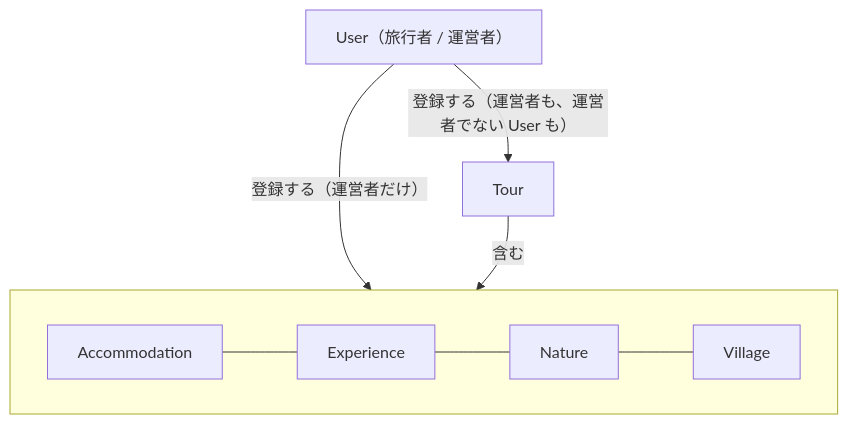
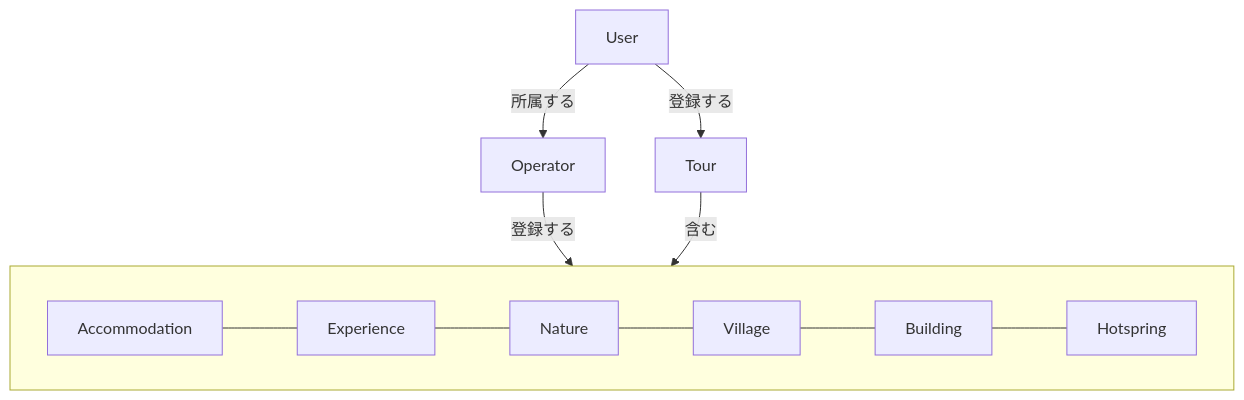
Before and after one commit to jsongold/wandrara: the diagram in docs/data-model.md, drawn with Mermaid. The commit also changed other lines of this file, not shown here.

````diff
--- a/docs/data-model.md
+++ b/docs/data-model.md
@@ -7,13 +9,15 @@
 ```mermaid
 flowchart TB
-  User["User（旅行者 / 運営者）"]
+  User
+  Operator
   Tour
-  subgraph same[" "]
+  subgraph cores[" "]
     direction LR
-    Accommodation --- Experience --- Nature --- Village
+    Accommodation --- Experience --- Nature --- Village --- Building --- Hotspring
   end
 
-  User -- 登録する（運営者も、運営者でない User も） --> Tour
-  User -- 登録する（運営者だけ） --> same
-  Tour -- 含む --> same
+  User -- 所属する --> Operator
+  User -- 登録する --> Tour
+  Operator -- 登録する --> cores
+  Tour -- 含む --> cores
 ```
````
